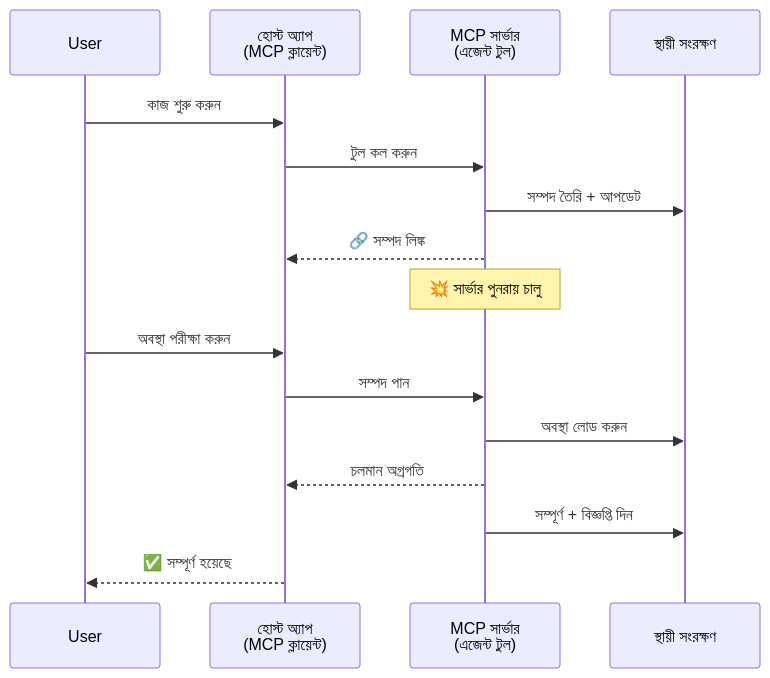
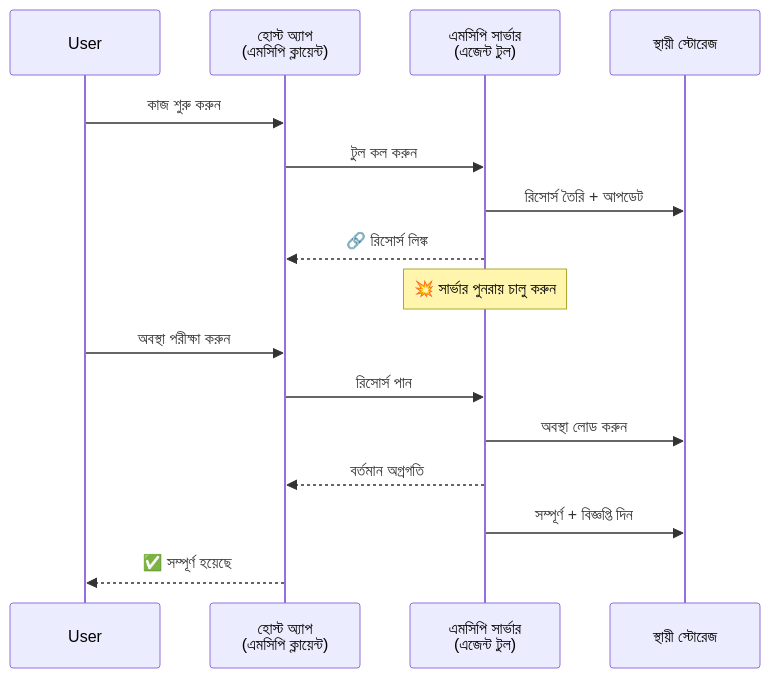
The third of 5 diagrams in mirrors/repos/microsoft@ai-agents-for-beginners/translations/bn/11-agentic-protocols/code_samples/mcp-agents/README.md (gabrielmoreira/agent-skills-mirror), drawn with Mermaid before and after one commit. The commit also changed other lines of this file and 4262 other files, not shown here.

````diff
--- a/mirrors/repos/microsoft@ai-agents-for-beginners/translations/bn/11-agentic-protocols/code_samples/mcp-agents/README.md
+++ b/mirrors/repos/microsoft@ai-agents-for-beginners/translations/bn/11-agentic-protocols/code_samples/mcp-agents/README.md
@@ -123,21 +123,21 @@
 ```mermaid
 sequenceDiagram
     participant User
-    participant Host as হোস্ট অ্যাপ<br/>(MCP ক্লায়েন্ট)
-    participant Server as MCP সার্ভার<br/>(এজেন্ট টুল)
-    participant DB as স্থায়ী সংরক্ষণ
+    participant Host as হোস্ট অ্যাপ<br/>(এমসিপি ক্লায়েন্ট)
+    participant Server as এমসিপি সার্ভার<br/>(এজেন্ট টুল)
+    participant DB as স্থায়ী স্টোরেজ
 
     User->>Host: কাজ শুরু করুন
     Host->>Server: টুল কল করুন
-    Server->>DB: সম্পদ তৈরি + আপডেট
-    Server-->>Host: 🔗 সম্পদ লিঙ্ক
+    Server->>DB: রিসোর্স তৈরি + আপডেট
+    Server-->>Host: 🔗 রিসোর্স লিঙ্ক
 
-    Note over Server: 💥 সার্ভার পুনরায় চালু
+    Note over Server: 💥 সার্ভার পুনরায় চালু করুন
 
     User->>Host: অবস্থা পরীক্ষা করুন
-    Host->>Server: সম্পদ পান
+    Host->>Server: রিসোর্স পান
     Server->>DB: অবস্থা লোড করুন
-    Server-->>Host: চলমান অগ্রগতি
+    Server-->>Host: বর্তমান অগ্রগতি
     Server->>DB: সম্পূর্ণ + বিজ্ঞপ্তি দিন
     Host-->>User: ✅ সম্পূর্ণ হয়েছে
 ```
````
